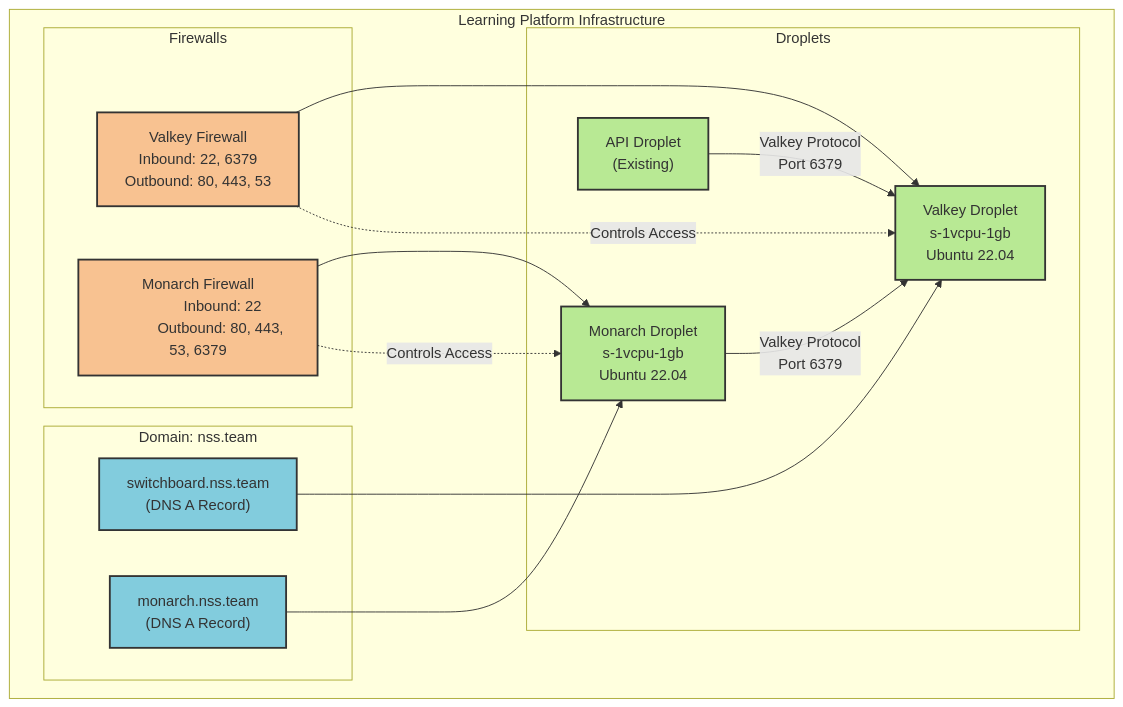
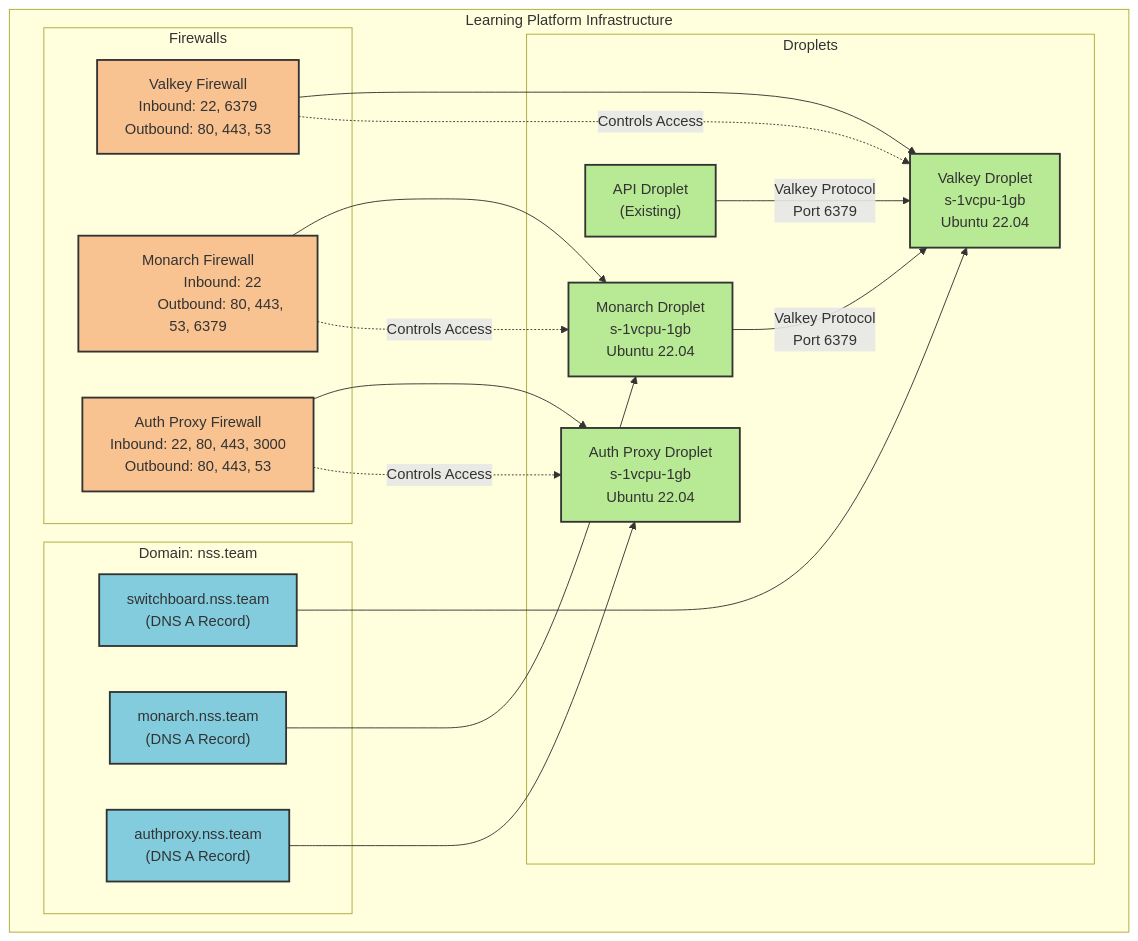
Before and after one commit to stevebrownlee/learnops-infrastructure: the diagram in README.md, drawn with Mermaid. The commit also changed other lines of this file and 1 other file, not shown here.

Commit message:
Updated graph

````diff
--- a/README.md
+++ b/README.md
@@ -3,55 +3,66 @@
 ```mermaid
 graph TB
     subgraph "Learning Platform Infrastructure"
         subgraph "Domain: nss.team"
             switchboard["switchboard.nss.team
             (DNS A Record)"]
             monarch["monarch.nss.team
             (DNS A Record)"]
+            authproxy["authproxy.nss.team
+            (DNS A Record)"]
         end
 
         subgraph "Droplets"
             vd["Valkey Droplet
             s-1vcpu-1gb
             Ubuntu 22.04"]
             md["Monarch Droplet
+            s-1vcpu-1gb
+            Ubuntu 22.04"]
+            apd["Auth Proxy Droplet
             s-1vcpu-1gb
             Ubuntu 22.04"]
             api["API Droplet
             (Existing)"]
         end
 
         subgraph "Firewalls"
             vf["Valkey Firewall
             Inbound: 22, 6379
             Outbound: 80, 443, 53"]
             mf["Monarch Firewall
             Inbound: 22
             Outbound: 80, 443, 53, 6379"]
+            apf["Auth Proxy Firewall
+            Inbound: 22, 80, 443, 3000
+            Outbound: 80, 443, 53"]
         end
     end
 
     %% Connections
     switchboard --> vd
     monarch --> md
+    authproxy --> apd
     vf --> vd
     mf --> md
+    apf --> apd
 
     %% Service Communications
     md -->|"Valkey Protocol
     Port 6379"| vd
     api -->|"Valkey Protocol
     Port 6379"| vd
 
     %% Firewall Rules
     vf -.->|"Controls Access"| vd
     mf -.->|"Controls Access"| md
+    apf -.->|"Controls Access"| apd
 
     classDef droplet fill:#b8e994,stroke:#333,stroke-width:2px
     classDef firewall fill:#f8c291,stroke:#333,stroke-width:2px
     classDef dns fill:#82ccdd,stroke:#333,stroke-width:2px
 
-    class vd,md,api droplet
-    class vf,mf firewall
-    class switchboard,monarch dns
+    class vd,md,api,apd droplet
+    class vf,mf,apf firewall
+    class switchboard,monarch,authproxy dns
 ```
````
